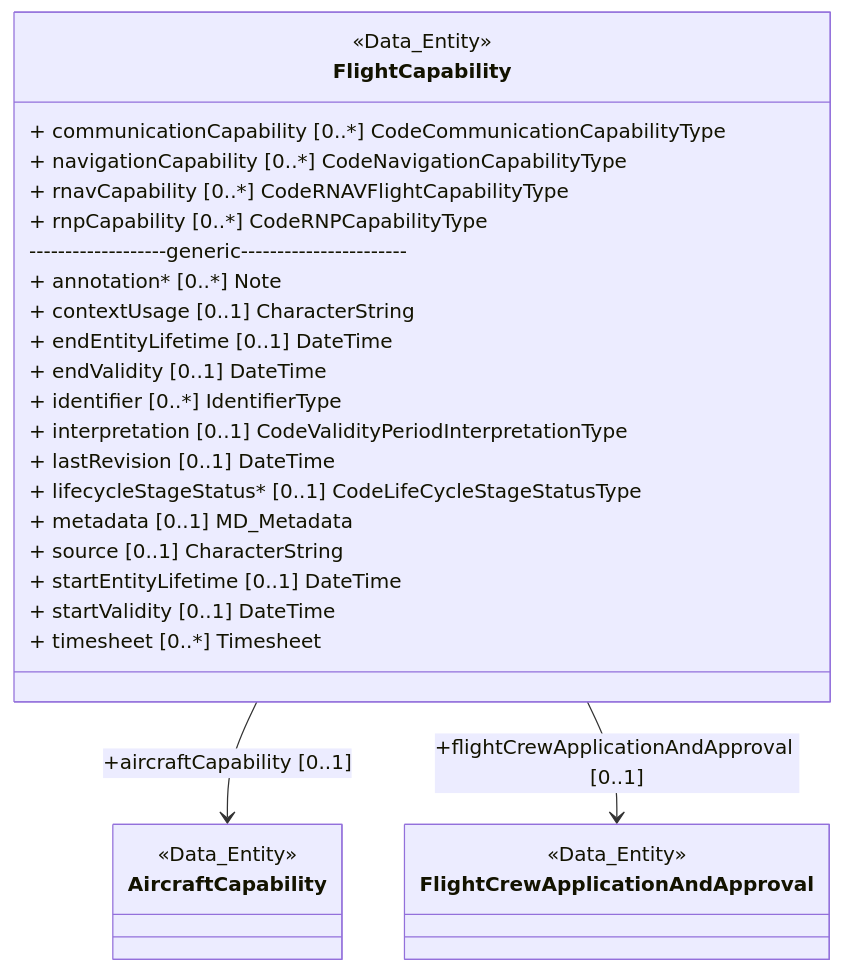
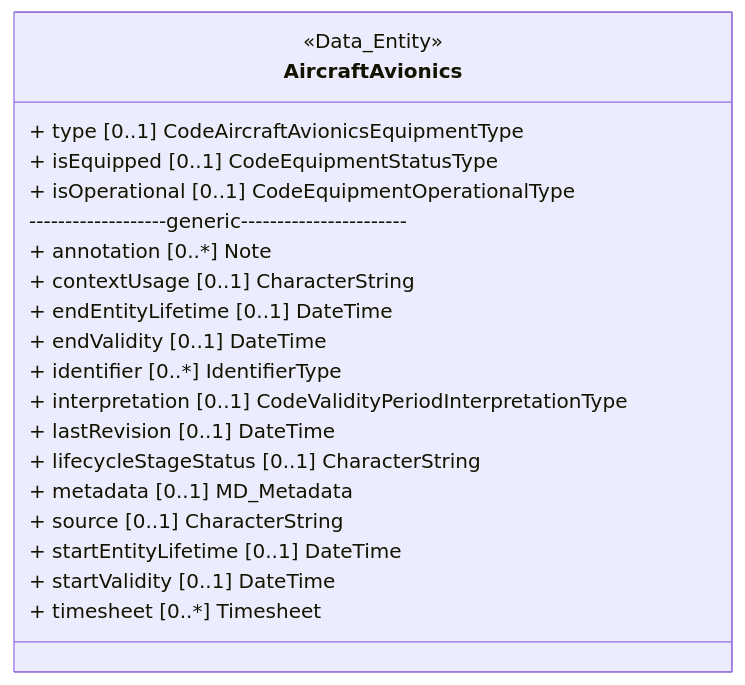
The fourth of 46 diagrams in README.md (hlepori/testAIRM), drawn with Mermaid before and after one commit. The commit also changed other lines of this file, not shown here.

````diff
--- a/README.md
+++ b/README.md
@@ -258,32 +177,23 @@
 ```mermaid	
 classDiagram	
-class FlightCapability	
-<<Data_Entity>> FlightCapability	
-link FlightCapability "https://airm.aero/developers/advanced-search/1.0.0/FlightCapability?model=LogicalModel" "Go to definition"	
-class AircraftCapability	
-<<Data_Entity>> AircraftCapability	
-link AircraftCapability "https://airm.aero/developers/advanced-search/1.0.0/AircraftCapability?model=LogicalModel" "Go to definition"	
-FlightCapability --> AircraftCapability : +aircraftCapability [0..1]	
-FlightCapability : + communicationCapability [0..*] CodeCommunicationCapabilityType	
-class FlightCrewApplicationAndApproval	
-<<Data_Entity>> FlightCrewApplicationAndApproval	
-link FlightCrewApplicationAndApproval "https://airm.aero/developers/advanced-search/1.0.0/FlightCrewApplicationAndApproval?model=LogicalModel" "Go to definition"	
-FlightCapability --> FlightCrewApplicationAndApproval : +flightCrewApplicationAndApproval [0..1]	
-FlightCapability : + navigationCapability [0..*] CodeNavigationCapabilityType	
-FlightCapability : + rnavCapability [0..*] CodeRNAVFlightCapabilityType	
-FlightCapability : + rnpCapability [0..*] CodeRNPCapabilityType	
-FlightCapability: -------------------generic-----------------------	
-FlightCapability : + annotation* [0..*] Note	
-FlightCapability : + contextUsage [0..1] CharacterString	
-FlightCapability : + endEntityLifetime [0..1] DateTime	
-FlightCapability : + endValidity [0..1] DateTime	
-FlightCapability : + identifier [0..*] IdentifierType	
-FlightCapability : + interpretation [0..1] CodeValidityPeriodInterpretationType	
-FlightCapability : + lastRevision [0..1] DateTime	
-FlightCapability : + lifecycleStageStatus* [0..1] CodeLifeCycleStageStatusType	
-FlightCapability : + metadata [0..1] MD_Metadata	
-FlightCapability : + source [0..1] CharacterString	
-FlightCapability : + startEntityLifetime [0..1] DateTime	
-FlightCapability : + startValidity [0..1] DateTime	
-FlightCapability : + timesheet [0..*] Timesheet	
+class AircraftAvionics	
+<<Data_Entity>> AircraftAvionics	
+link AircraftAvionics "https://airm.aero/developers/advanced-search/1.0.0/AircraftAvionics?model=LogicalModel" "Go to definition"	
+AircraftAvionics : + type [0..1] CodeAircraftAvionicsEquipmentType	
+AircraftAvionics : + isEquipped [0..1] CodeEquipmentStatusType	
+AircraftAvionics : + isOperational [0..1] CodeEquipmentOperationalType	
+AircraftAvionics: -------------------generic-----------------------	
+AircraftAvionics : + annotation [0..*] Note	
+AircraftAvionics : + contextUsage [0..1] CharacterString	
+AircraftAvionics : + endEntityLifetime [0..1] DateTime	
+AircraftAvionics : + endValidity [0..1] DateTime	
+AircraftAvionics : + identifier [0..*] IdentifierType	
+AircraftAvionics : + interpretation [0..1] CodeValidityPeriodInterpretationType	
+AircraftAvionics : + lastRevision [0..1] DateTime	
+AircraftAvionics : + lifecycleStageStatus [0..1] CharacterString	
+AircraftAvionics : + metadata [0..1] MD_Metadata	
+AircraftAvionics : + source [0..1] CharacterString	
+AircraftAvionics : + startEntityLifetime [0..1] DateTime	
+AircraftAvionics : + startValidity [0..1] DateTime	
+AircraftAvionics : + timesheet [0..*] Timesheet	
 ```	
````
